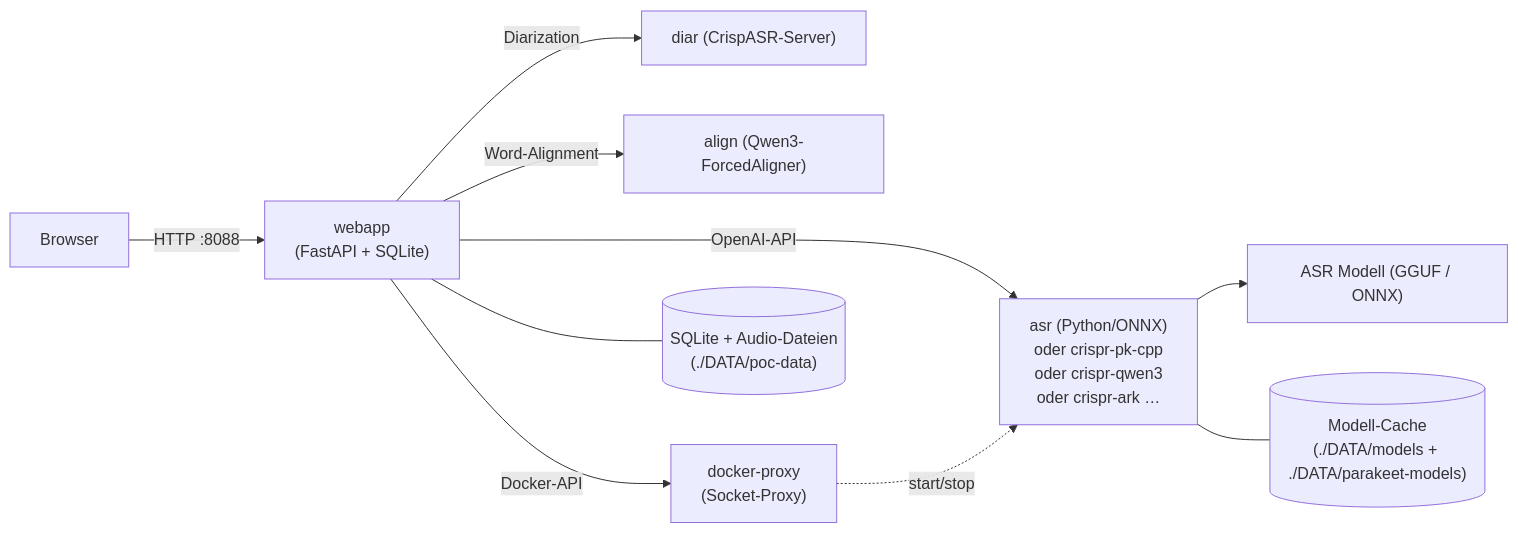
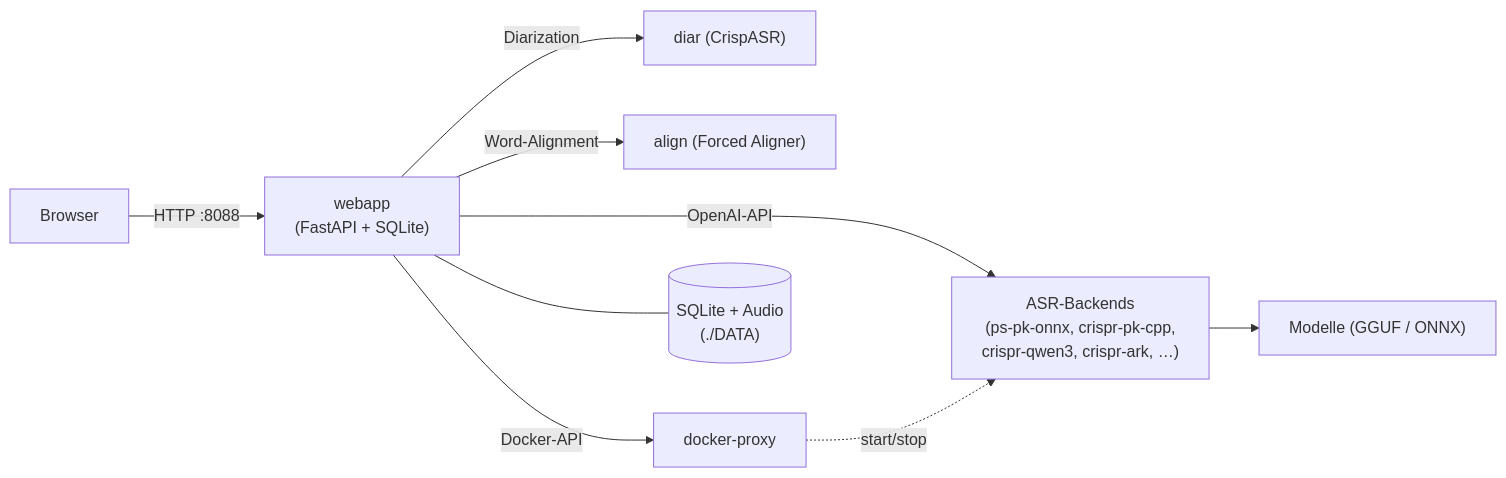
One commit to tilllt/polyschnack-asr changed the diagram in README.md. Above: the diagram before and after it, drawn with Mermaid. The commit also changed other lines of this file and 21 other files, not shown here.

````diff
--- a/README.md
+++ b/README.md
@@ -574,12 +37,11 @@
 ```mermaid
 graph LR
     Browser -->|HTTP :8088| webapp["webapp<br/>(FastAPI + SQLite)"]
-    webapp -->|OpenAI-API| asr["asr (Python/ONNX)<br/>oder crispr-pk-cpp<br/>oder crispr-qwen3<br/>oder crispr-ark …"]
-    webapp -->|Diarization| diar["diar (CrispASR-Server)"]
-    webapp -->|Word-Alignment| align["align (Qwen3-ForcedAligner)"]
-    webapp -->|Docker-API| proxy["docker-proxy<br/>(Socket-Proxy)"]
+    webapp -->|OpenAI-API| asr["ASR-Backends<br/>(ps-pk-onnx, crispr-pk-cpp,<br/>crispr-qwen3, crispr-ark, …)"]
+    webapp -->|Diarization| diar["diar (CrispASR)"]
+    webapp -->|Word-Alignment| align["align (Forced Aligner)"]
+    webapp -->|Docker-API| proxy["docker-proxy"]
     proxy -.start/stop.-> asr
-    asr --> model["ASR Modell (GGUF / ONNX)"]
-    webapp --- db[("SQLite + Audio-Dateien<br/>(./DATA/poc-data)")]
-    asr --- mcache[("Modell-Cache<br/>(./DATA/models + ./DATA/parakeet-models)")]
+    asr --> model["Modelle (GGUF / ONNX)"]
+    webapp --- db[("SQLite + Audio<br/>(./DATA)")]
 ```
````
